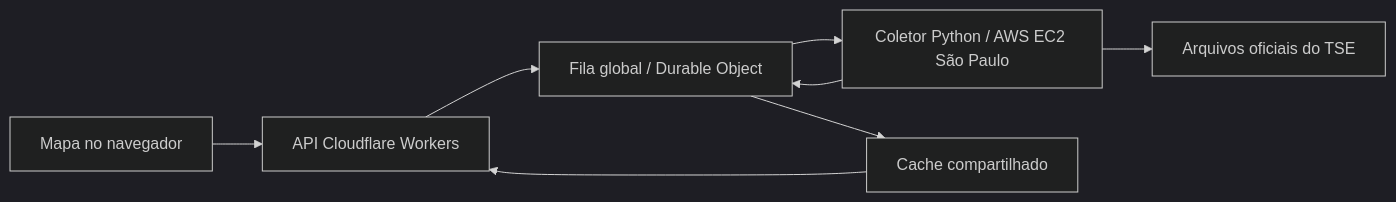
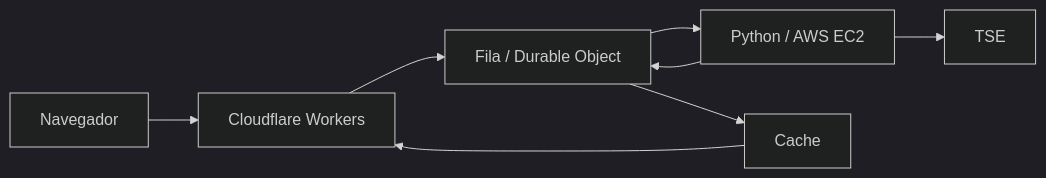
Before and after one commit to davi-nr/davi-nr: the diagram in README.md, drawn with Mermaid (dark theme). The commit also changed other lines of this file and 6 other files, not shown here.

````diff
--- a/README.md
+++ b/README.md
@@ -56,10 +47,10 @@
 ```mermaid
 flowchart LR
-  A[Mapa no navegador] --> B[API Cloudflare Workers]
-  B --> C[Fila global / Durable Object]
-  C --> D[Coletor Python / AWS EC2 São Paulo]
-  D --> E[Arquivos oficiais do TSE]
+  A[Navegador] --> B[Cloudflare Workers]
+  B --> C[Fila / Durable Object]
+  C --> D[Python / AWS EC2]
+  D --> E[TSE]
   D --> C
-  C --> F[Cache compartilhado]
+  C --> F[Cache]
   F --> B
 ```
````
